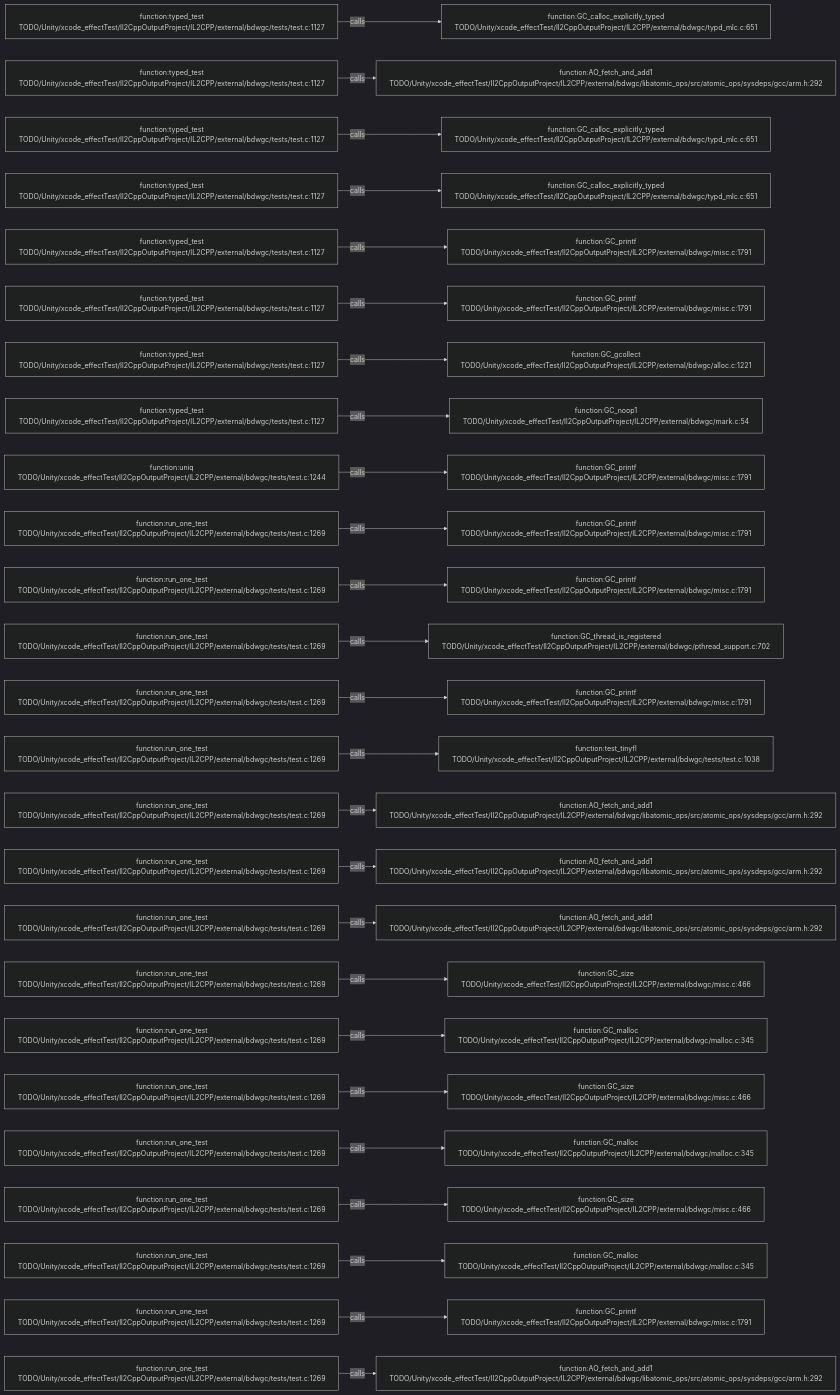
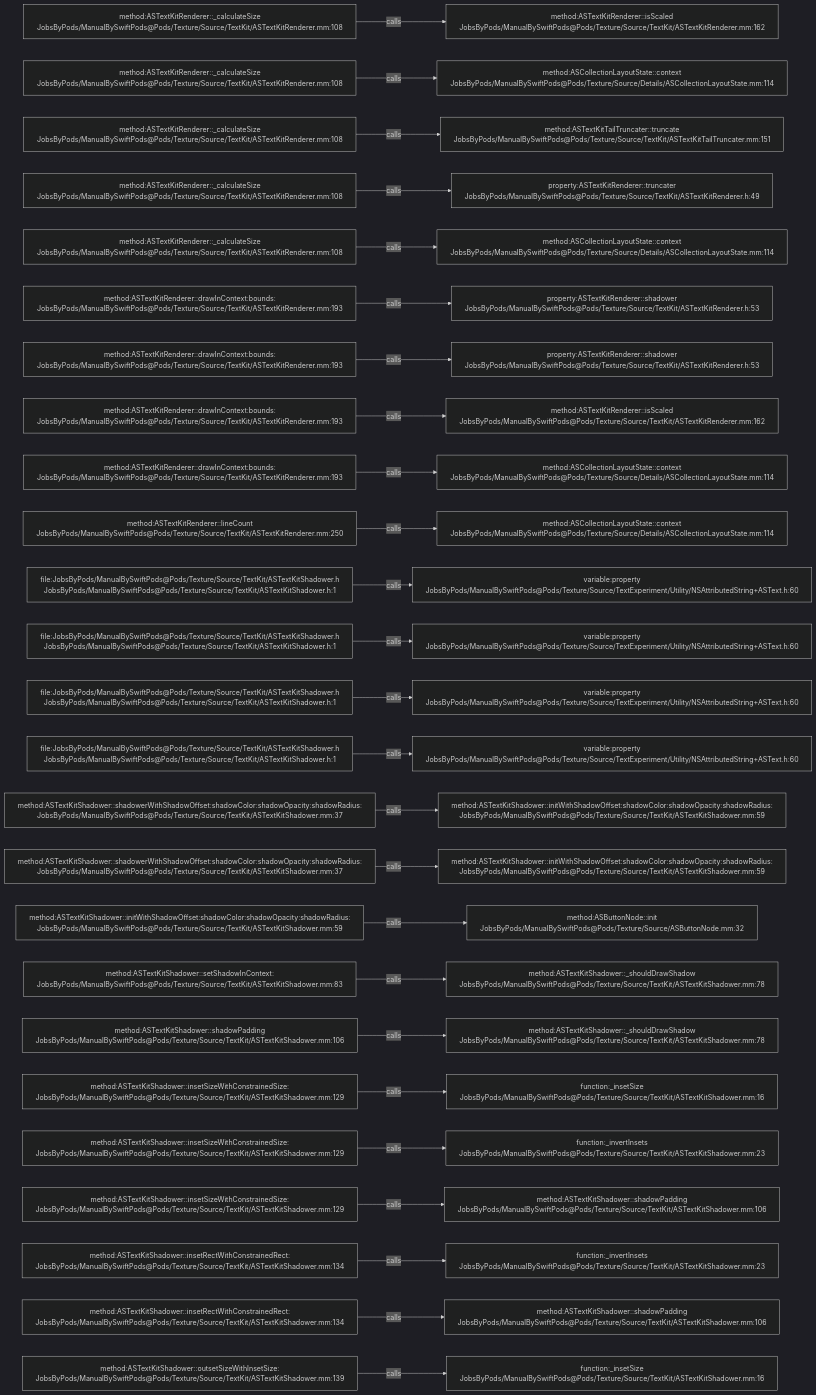
One commit to JobsKits/JobsSwiftBaseConfigDemo changed the diagram in .codegraph/codegraph.md/graphs/calls-169.md. Above: the diagram before and after it, drawn with Mermaid (dark theme). The commit also changed 2959 other files, not shown here.

````diff
--- a/.codegraph/codegraph.md/graphs/calls-169.md
+++ b/.codegraph/codegraph.md/graphs/calls-169.md
@@ -13,78 +13,78 @@
 ```mermaid
 flowchart LR
-  S1["function:typed_test<br/>TODO/Unity/xcode_effectTest/Il2CppOutputProject/IL2CPP/external/bdwgc/tests/test.c:1127"]
-  T1["function:GC_calloc_explicitly_typed<br/>TODO/Unity/xcode_effectTest/Il2CppOutputProject/IL2CPP/external/bdwgc/typd_mlc.c:651"]
+  S1["method:ASTextKitRenderer::_calculateSize<br/>JobsByPods/ManualBySwiftPods@Pods/Texture/Source/TextKit/ASTextKitRenderer.mm:108"]
+  T1["method:ASTextKitRenderer::isScaled<br/>JobsByPods/ManualBySwiftPods@Pods/Texture/Source/TextKit/ASTextKitRenderer.mm:162"]
   S1 -->|calls| T1
-  S2["function:typed_test<br/>TODO/Unity/xcode_effectTest/Il2CppOutputProject/IL2CPP/external/bdwgc/tests/test.c:1127"]
-  T2["function:AO_fetch_and_add1<br/>TODO/Unity/xcode_effectTest/Il2CppOutputProject/IL2CPP/external/bdwgc/libatomic_ops/src/atomic_ops/sysdeps/gcc/arm.h:292"]
+  S2["method:ASTextKitRenderer::_calculateSize<br/>JobsByPods/ManualBySwiftPods@Pods/Texture/Source/TextKit/ASTextKitRenderer.mm:108"]
+  T2["method:ASCollectionLayoutState::context<br/>JobsByPods/ManualBySwiftPods@Pods/Texture/Source/Details/ASCollectionLayoutState.mm:114"]
   S2 -->|calls| T2
-  S3["function:typed_test<br/>TODO/Unity/xcode_effectTest/Il2CppOutputProject/IL2CPP/external/bdwgc/tests/test.c:1127"]
-  T3["function:GC_calloc_explicitly_typed<br/>TODO/Unity/xcode_effectTest/Il2CppOutputProject/IL2CPP/external/bdwgc/typd_mlc.c:651"]
+  S3["method:ASTextKitRenderer::_calculateSize<br/>JobsByPods/ManualBySwiftPods@Pods/Texture/Source/TextKit/ASTextKitRenderer.mm:108"]
+  T3["method:ASTextKitTailTruncater::truncate<br/>JobsByPods/ManualBySwiftPods@Pods/Texture/Source/TextKit/ASTextKitTailTruncater.mm:151"]
   S3 -->|calls| T3
-  S4["function:typed_test<br/>TODO/Unity/xcode_effectTest/Il2CppOutputProject/IL2CPP/external/bdwgc/tests/test.c:1127"]
-  T4["function:GC_calloc_explicitly_typed<br/>TODO/Unity/xcode_effectTest/Il2CppOutputProject/IL2CPP/external/bdwgc/typd_mlc.c:651"]
+  S4["method:ASTextKitRenderer::_calculateSize<br/>JobsByPods/ManualBySwiftPods@Pods/Texture/Source/TextKit/ASTextKitRenderer.mm:108"]
+  T4["property:ASTextKitRenderer::truncater<br/>JobsByPods/ManualBySwiftPods@Pods/Texture/Source/TextKit/ASTextKitRenderer.h:49"]
   S4 -->|calls| T4
-  S5["function:typed_test<br/>TODO/Unity/xcode_effectTest/Il2CppOutputProject/IL2CPP/external/bdwgc/tests/test.c:1127"]
-  T5["function:GC_printf<br/>TODO/Unity/xcode_effectTest/Il2CppOutputProject/IL2CPP/external/bdwgc/misc.c:1791"]
+  S5["method:ASTextKitRenderer::_calculateSize<br/>JobsByPods/ManualBySwiftPods@Pods/Texture/Source/TextKit/ASTextKitRenderer.mm:108"]
+  T5["method:ASCollectionLayoutState::context<br/>JobsByPods/ManualBySwiftPods@Pods/Texture/Source/Details/ASCollectionLayoutState.mm:114"]
   S5 -->|calls| T5
-  S6["function:typed_test<br/>TODO/Unity/xcode_effectTest/Il2CppOutputProject/IL2CPP/external/bdwgc/tests/test.c:1127"]
-  T6["function:GC_printf<br/>TODO/Unity/xcode_effectTest/Il2CppOutputProject/IL2CPP/external/bdwgc/misc.c:1791"]
+  S6["method:ASTextKitRenderer::drawInContext:bounds:<br/>JobsByPods/ManualBySwiftPods@Pods/Texture/Source/TextKit/ASTextKitRenderer.mm:193"]
+  T6["property:ASTextKitRenderer::shadower<br/>JobsByPods/ManualBySwiftPods@Pods/Texture/Source/TextKit/ASTextKitRenderer.h:53"]
   S6 -->|calls| T6
-  S7["function:typed_test<br/>TODO/Unity/xcode_effectTest/Il2CppOutputProject/IL2CPP/external/bdwgc/tests/test.c:1127"]
-  T7["function:GC_gcollect<br/>TODO/Unity/xcode_effectTest/Il2CppOutputProject/IL2CPP/external/bdwgc/alloc.c:1221"]
+  S7["method:ASTextKitRenderer::drawInContext:bounds:<br/>JobsByPods/ManualBySwiftPods@Pods/Texture/Source/TextKit/ASTextKitRenderer.mm:193"]
+  T7["property:ASTextKitRenderer::shadower<br/>JobsByPods/ManualBySwiftPods@Pods/Texture/Source/TextKit/ASTextKitRenderer.h:53"]
   S7 -->|calls| T7
-  S8["function:typed_test<br/>TODO/Unity/xcode_effectTest/Il2CppOutputProject/IL2CPP/external/bdwgc/tests/test.c:1127"]
-  T8["function:GC_noop1<br/>TODO/Unity/xcode_effectTest/Il2CppOutputProject/IL2CPP/external/bdwgc/mark.c:54"]
+  S8["method:ASTextKitRenderer::drawInContext:bounds:<br/>JobsByPods/ManualBySwiftPods@Pods/Texture/Source/TextKit/ASTextKitRenderer.mm:193"]
+  T8["method:ASTextKitRenderer::isScaled<br/>JobsByPods/ManualBySwiftPods@Pods/Texture/Source/TextKit/ASTextKitRenderer.mm:162"]
   S8 -->|calls| T8
-  S9["function:uniq<br/>TODO/Unity/xcode_effectTest/Il2CppOutputProject/IL2CPP/external/bdwgc/tests/test.c:1244"]
-  T9["function:GC_printf<br/>TODO/Unity/xcode_effectTest/Il2CppOutputProject/IL2CPP/external/bdwgc/misc.c:1791"]
+  S9["method:ASTextKitRenderer::drawInContext:bounds:<br/>JobsByPods/ManualBySwiftPods@Pods/Texture/Source/TextKit/ASTextKitRenderer.mm:193"]
+  T9["method:ASCollectionLayoutState::context<br/>JobsByPods/ManualBySwiftPods@Pods/Texture/Source/Details/ASCollectionLayoutState.mm:114"]
   S9 -->|calls| T9
-  S10["function:run_one_test<br/>TODO/Unity/xcode_effectTest/Il2CppOutputProject/IL2CPP/external/bdwgc/tests/test.c:1269"]
-  T10["function:GC_printf<br/>TODO/Unity/xcode_effectTest/Il2CppOutputProject/IL2CPP/external/bdwgc/misc.c:1791"]
+  S10["method:ASTextKitRenderer::lineCount<br/>JobsByPods/ManualBySwiftPods@Pods/Texture/Source/TextKit/ASTextKitRenderer.mm:250"]
+  T10["method:ASCollectionLayoutState::context<br/>JobsByPods/ManualBySwiftPods@Pods/Texture/Source/Details/ASCollectionLayoutState.mm:114"]
   S10 -->|calls| T10
-  S11["function:run_one_test<br/>TODO/Unity/xcode_effectTest/Il2CppOutputProject/IL2CPP/external/bdwgc/tests/test.c:1269"]
-  T11["function:GC_printf<br/>TODO/Unity/xcode_effectTest/Il2CppOutputProject/IL2CPP/external/bdwgc/misc.c:1791"]
+  S11["file:JobsByPods/ManualBySwiftPods@Pods/Texture/Source/TextKit/ASTextKitShadower.h<br/>JobsByPods/ManualBySwiftPods@Pods/Texture/Source/TextKit/ASTextKitShadower.h:1"]
+  T11["variable:property<br/>JobsByPods/ManualBySwiftPods@Pods/Texture/Source/TextExperiment/Utility/NSAttributedString+ASText.h:60"]
   S11 -->|calls| T11
-  S12["function:run_one_test<br/>TODO/Unity/xcode_effectTest/Il2CppOutputProject/IL2CPP/external/bdwgc/tests/test.c:1269"]
-  T12["function:GC_thread_is_registered<br/>TODO/Unity/xcode_effectTest/Il2CppOutputProject/IL2CPP/external/bdwgc/pthread_support.c:702"]
+  S12["file:JobsByPods/ManualBySwiftPods@Pods/Texture/Source/TextKit/ASTextKitShadower.h<br/>JobsByPods/ManualBySwiftPods@Pods/Texture/Source/TextKit/ASTextKitShadower.h:1"]
+  T12["variable:property<br/>JobsByPods/ManualBySwiftPods@Pods/Texture/Source/TextExperiment/Utility/NSAttributedString+ASText.h:60"]
   S12 -->|calls| T12
-  S13["function:run_one_test<br/>TODO/Unity/xcode_effectTest/Il2CppOutputProject/IL2CPP/external/bdwgc/tests/test.c:1269"]
-  T13["function:GC_printf<br/>TODO/Unity/xcode_effectTest/Il2CppOutputProject/IL2CPP/external/bdwgc/misc.c:1791"]
+  S13["file:JobsByPods/ManualBySwiftPods@Pods/Texture/Source/TextKit/ASTextKitShadower.h<br/>JobsByPods/ManualBySwiftPods@Pods/Texture/Source/TextKit/ASTextKitShadower.h:1"]
+  T13["variable:property<br/>JobsByPods/ManualBySwiftPods@Pods/Texture/Source/TextExperiment/Utility/NSAttributedString+ASText.h:60"]
   S13 -->|calls| T13
-  S14["function:run_one_test<br/>TODO/Unity/xcode_effectTest/Il2CppOutputProject/IL2CPP/external/bdwgc/tests/test.c:1269"]
-  T14["function:test_tinyfl<br/>TODO/Unity/xcode_effectTest/Il2CppOutputProject/IL2CPP/external/bdwgc/tests/test.c:1038"]
+  S14["file:JobsByPods/ManualBySwiftPods@Pods/Texture/Source/TextKit/ASTextKitShadower.h<br/>JobsByPods/ManualBySwiftPods@Pods/Texture/Source/TextKit/ASTextKitShadower.h:1"]
+  T14["variable:property<br/>JobsByPods/ManualBySwiftPods@Pods/Texture/Source/TextExperiment/Utility/NSAttributedString+ASText.h:60"]
   S14 -->|calls| T14
-  S15["function:run_one_test<br/>TODO/Unity/xcode_effectTest/Il2CppOutputProject/IL2CPP/external/bdwgc/tests/test.c:1269"]
-  T15["function:AO_fetch_and_add1<br/>TODO/Unity/xcode_effectTest/Il2CppOutputProject/IL2CPP/external/bdwgc/libatomic_ops/src/atomic_ops/sysdeps/gcc/arm.h:292"]
+  S15["method:ASTextKitShadower::shadowerWithShadowOffset:shadowColor:shadowOpacity:shadowRadius:<br/>JobsByPods/ManualBySwiftPods@Pods/Texture/Source/TextKit/ASTextKitShadower.mm:37"]
+  T15["method:ASTextKitShadower::initWithShadowOffset:shadowColor:shadowOpacity:shadowRadius:<br/>JobsByPods/ManualBySwiftPods@Pods/Texture/Source/TextKit/ASTextKitShadower.mm:59"]
   S15 -->|calls| T15
-  S16["function:run_one_test<br/>TODO/Unity/xcode_effectTest/Il2CppOutputProject/IL2CPP/external/bdwgc/tests/test.c:1269"]
-  T16["function:AO_fetch_and_add1<br/>TODO/Unity/xcode_effectTest/Il2CppOutputProject/IL2CPP/external/bdwgc/libatomic_ops/src/atomic_ops/sysdeps/gcc/arm.h:292"]
+  S16["method:ASTextKitShadower::shadowerWithShadowOffset:shadowColor:shadowOpacity:shadowRadius:<br/>JobsByPods/ManualBySwiftPods@Pods/Texture/Source/TextKit/ASTextKitShadower.mm:37"]
+  T16["method:ASTextKitShadower::initWithShadowOffset:shadowColor:shadowOpacity:shadowRadius:<br/>JobsByPods/ManualBySwiftPods@Pods/Texture/Source/TextKit/ASTextKitShadower.mm:59"]
   S16 -->|calls| T16
-  S17["function:run_one_test<br/>TODO/Unity/xcode_effectTest/Il2CppOutputProject/IL2CPP/external/bdwgc/tests/test.c:1269"]
-  T17["function:AO_fetch_and_add1<br/>TODO/Unity/xcode_effectTest/Il2CppOutputProject/IL2CPP/external/bdwgc/libatomic_ops/src/atomic_ops/sysdeps/gcc/arm.h:292"]
+  S17["method:ASTextKitShadower::initWithShadowOffset:shadowColor:shadowOpacity:shadowRadius:<br/>JobsByPods/ManualBySwiftPods@Pods/Texture/Source/TextKit/ASTextKitShadower.mm:59"]
+  T17["method:ASButtonNode::init<br/>JobsByPods/ManualBySwiftPods@Pods/Texture/Source/ASButtonNode.mm:32"]
   S17 -->|calls| T17
-  S18["function:run_one_test<br/>TODO/Unity/xcode_effectTest/Il2CppOutputProject/IL2CPP/external/bdwgc/tests/test.c:1269"]
-  T18["function:GC_size<br/>TODO/Unity/xcode_effectTest/Il2CppOutputProject/IL2CPP/external/bdwgc/misc.c:466"]
+  S18["method:ASTextKitShadower::setShadowInContext:<br/>JobsByPods/ManualBySwiftPods@Pods/Texture/Source/TextKit/ASTextKitShadower.mm:83"]
+  T18["method:ASTextKitShadower::_shouldDrawShadow<br/>JobsByPods/ManualBySwiftPods@Pods/Texture/Source/TextKit/ASTextKitShadower.mm:78"]
   S18 -->|calls| T18
-  S19["function:run_one_test<br/>TODO/Unity/xcode_effectTest/Il2CppOutputProject/IL2CPP/external/bdwgc/tests/test.c:1269"]
-  T19["function:GC_malloc<br/>TODO/Unity/xcode_effectTest/Il2CppOutputProject/IL2CPP/external/bdwgc/malloc.c:345"]
+  S19["method:ASTextKitShadower::shadowPadding<br/>JobsByPods/ManualBySwiftPods@Pods/Texture/Source/TextKit/ASTextKitShadower.mm:106"]
+  T19["method:ASTextKitShadower::_shouldDrawShadow<br/>JobsByPods/ManualBySwiftPods@Pods/Texture/Source/TextKit/ASTextKitShadower.mm:78"]
   S19 -->|calls| T19
-  S20["function:run_one_test<br/>TODO/Unity/xcode_effectTest/Il2CppOutputProject/IL2CPP/external/bdwgc/tests/test.c:1269"]
-  T20["function:GC_size<br/>TODO/Unity/xcode_effectTest/Il2CppOutputProject/IL2CPP/external/bdwgc/misc.c:466"]
+  S20["method:ASTextKitShadower::insetSizeWithConstrainedSize:<br/>JobsByPods/ManualBySwiftPods@Pods/Texture/Source/TextKit/ASTextKitShadower.mm:129"]
+  T20["function:_insetSize<br/>JobsByPods/ManualBySwiftPods@Pods/Texture/Source/TextKit/ASTextKitShadower.mm:16"]
   S20 -->|calls| T20
-  S21["function:run_one_test<br/>TODO/Unity/xcode_effectTest/Il2CppOutputProject/IL2CPP/external/bdwgc/tests/test.c:1269"]
-  T21["function:GC_malloc<br/>TODO/Unity/xcode_effectTest/Il2CppOutputProject/IL2CPP/external/bdwgc/malloc.c:345"]
+  S21["method:ASTextKitShadower::insetSizeWithConstrainedSize:<br/>JobsByPods/ManualBySwiftPods@Pods/Texture/Source/TextKit/ASTextKitShadower.mm:129"]
+  T21["function:_invertInsets<br/>JobsByPods/ManualBySwiftPods@Pods/Texture/Source/TextKit/ASTextKitShadower.mm:23"]
   S21 -->|calls| T21
-  S22["function:run_one_test<br/>TODO/Unity/xcode_effectTest/Il2CppOutputProject/IL2CPP/external/bdwgc/tests/test.c:1269"]
-  T22["function:GC_size<br/>TODO/Unity/xcode_effectTest/Il2CppOutputProject/IL2CPP/external/bdwgc/misc.c:466"]
+  S22["method:ASTextKitShadower::insetSizeWithConstrainedSize:<br/>JobsByPods/ManualBySwiftPods@Pods/Texture/Source/TextKit/ASTextKitShadower.mm:129"]
+  T22["method:ASTextKitShadower::shadowPadding<br/>JobsByPods/ManualBySwiftPods@Pods/Texture/Source/TextKit/ASTextKitShadower.mm:106"]
   S22 -->|calls| T22
-  S23["function:run_one_test<br/>TODO/Unity/xcode_effectTest/Il2CppOutputProject/IL2CPP/external/bdwgc/tests/test.c:1269"]
-  T23["function:GC_malloc<br/>TODO/Unity/xcode_effectTest/Il2CppOutputProject/IL2CPP/external/bdwgc/malloc.c:345"]
+  S23["method:ASTextKitShadower::insetRectWithConstrainedRect:<br/>JobsByPods/ManualBySwiftPods@Pods/Texture/Source/TextKit/ASTextKitShadower.mm:134"]
+  T23["function:_invertInsets<br/>JobsByPods/ManualBySwiftPods@Pods/Texture/Source/TextKit/ASTextKitShadower.mm:23"]
   S23 -->|calls| T23
-  S24["function:run_one_test<br/>TODO/Unity/xcode_effectTest/Il2CppOutputProject/IL2CPP/external/bdwgc/tests/test.c:1269"]
-  T24["function:GC_printf<br/>TODO/Unity/xcode_effectTest/Il2CppOutputProject/IL2CPP/external/bdwgc/misc.c:1791"]
+  S24["method:ASTextKitShadower::insetRectWithConstrainedRect:<br/>JobsByPods/ManualBySwiftPods@Pods/Texture/Source/TextKit/ASTextKitShadower.mm:134"]
+  T24["method:ASTextKitShadower::shadowPadding<br/>JobsByPods/ManualBySwiftPods@Pods/Texture/Source/TextKit/ASTextKitShadower.mm:106"]
   S24 -->|calls| T24
-  S25["function:run_one_test<br/>TODO/Unity/xcode_effectTest/Il2CppOutputProject/IL2CPP/external/bdwgc/tests/test.c:1269"]
-  T25["function:AO_fetch_and_add1<br/>TODO/Unity/xcode_effectTest/Il2CppOutputProject/IL2CPP/external/bdwgc/libatomic_ops/src/atomic_ops/sysdeps/gcc/arm.h:292"]
+  S25["method:ASTextKitShadower::outsetSizeWithInsetSize:<br/>JobsByPods/ManualBySwiftPods@Pods/Texture/Source/TextKit/ASTextKitShadower.mm:139"]
+  T25["function:_insetSize<br/>JobsByPods/ManualBySwiftPods@Pods/Texture/Source/TextKit/ASTextKitShadower.mm:16"]
   S25 -->|calls| T25
 ```
````
